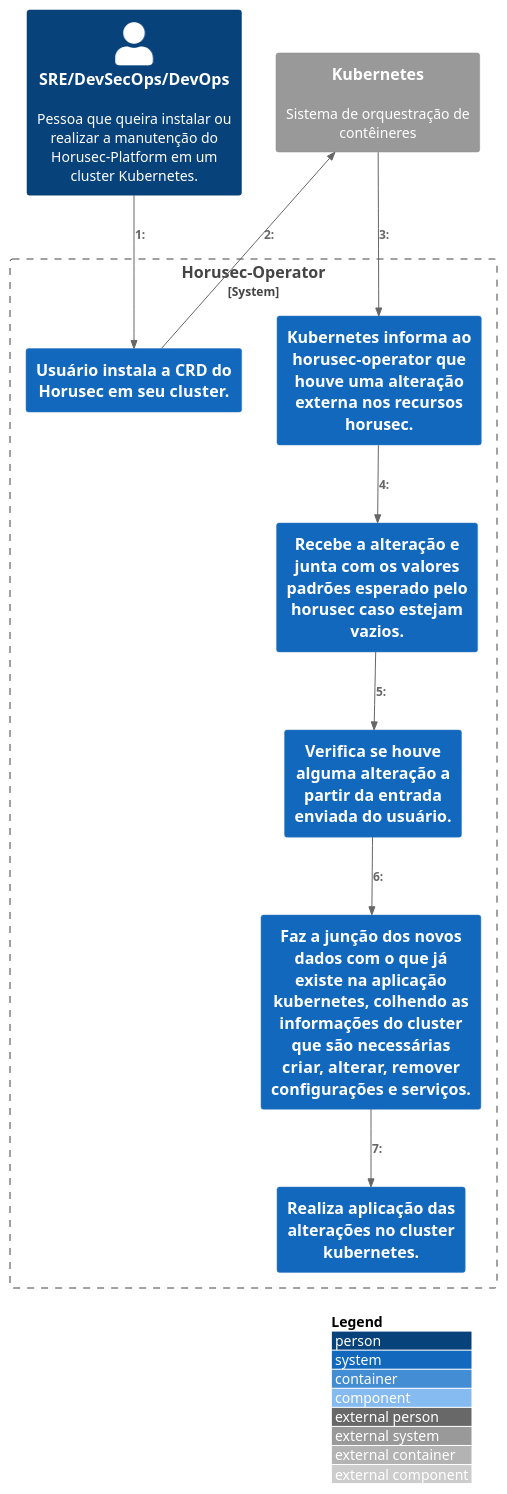
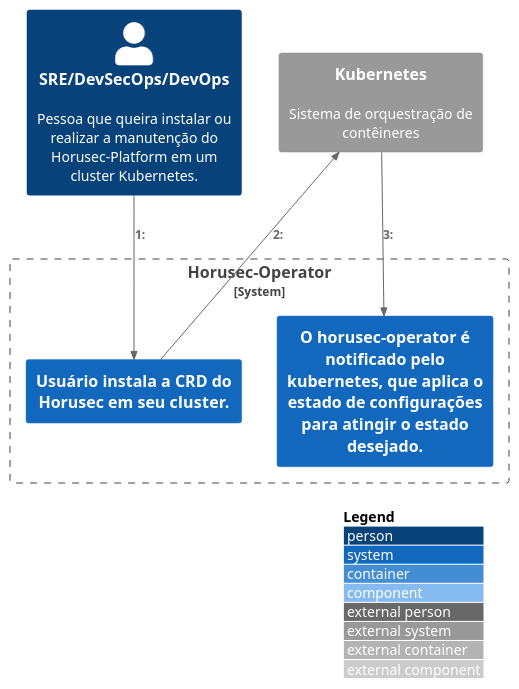
Before and after one commit to ZupIT/horusec-c4model: the diagram in src/Horusec-Operator/C2-Model/c2.puml, drawn with PlantUML. The commit also changed 22 other files, not shown here.

```diff
--- a/src/Horusec-Operator/C2-Model/c2.puml
+++ b/src/Horusec-Operator/C2-Model/c2.puml
@@ -1,31 +1,24 @@
 @startuml horusec-operator-c2
 !include https://raw.githubusercontent.com/adrianvlupu/C4-PlantUML/latest/C4_Context.puml
 !include https://raw.githubusercontent.com/adrianvlupu/C4-PlantUML/latest/C4_Component.puml
 !include https://raw.githubusercontent.com/adrianvlupu/C4-PlantUML/latest/C4_Container.puml
 !include https://raw.githubusercontent.com/adrianvlupu/C4-PlantUML/latest/C4_Deployment.puml
 !include https://raw.githubusercontent.com/adrianvlupu/C4-PlantUML/latest/C4_Dynamic.puml
 
 LAYOUT_WITH_LEGEND()
 
 Person(user, "SRE/DevSecOps/DevOps", "Pessoa que queira instalar ou realizar a manutenção do Horusec-Platform em um cluster Kubernetes.")
 
 System_Boundary(horusecOperator, "Horusec-Operator") {
   System(HorusecOperatorPhase0, "Usuário instala a CRD do Horusec em seu cluster.")
-  System(HorusecOperatorPhase1, "Kubernetes informa ao horusec-operator que houve uma alteração externa nos recursos horusec.")
-  System(HorusecOperatorPhase2, "Recebe a alteração e junta com os valores padrões esperado pelo horusec caso estejam vazios.")
-  System(HorusecOperatorPhase3, "Verifica se houve alguma alteração a partir da entrada enviada do usuário.")
-  System(HorusecOperatorPhase4, "Faz a junção dos novos dados com o que já existe na aplicação kubernetes, colhendo as informações do cluster que são necessárias criar, alterar, remover configurações e serviços.")
-  System(HorusecOperatorPhase5, "Realiza aplicação das alterações no cluster kubernetes.")
+  System(HorusecOperatorPhase1, "O horusec-operator é notificado pelo kubernetes, que aplica o estado de configurações para atingir o estado desejado.")
 }
 
 System_Ext(Kubernetes, "Kubernetes", "Sistema de orquestração de contêineres")
 
 Rel(user, HorusecOperatorPhase0, "")
 Rel(HorusecOperatorPhase0, Kubernetes, "")
 Rel(Kubernetes, HorusecOperatorPhase1, "")
-Rel(HorusecOperatorPhase1, HorusecOperatorPhase2, "")
-Rel(HorusecOperatorPhase2, HorusecOperatorPhase3, "")
-Rel(HorusecOperatorPhase3, HorusecOperatorPhase4, "")
-Rel(HorusecOperatorPhase4, HorusecOperatorPhase5, "")
+
 
 @enduml
```
